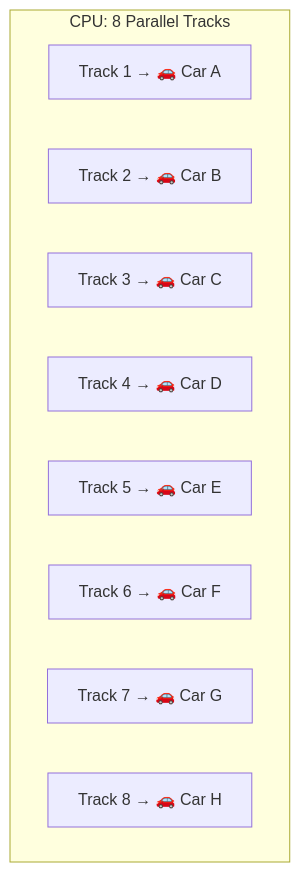
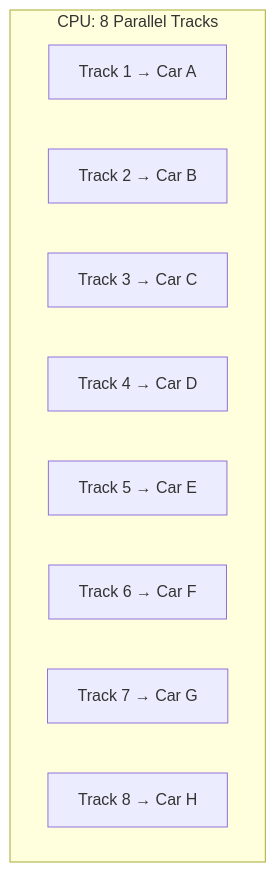
One commit to FransVanEk/Actus-Insurance.Documentation changed the second of 8 diagrams in docs/hackathon/cpu-vs-gpu-explained.md. Above: the diagram before and after it, drawn with Mermaid. The commit also changed other lines of this file and 5 other files, not shown here.

Commit message:
Enhance Mermaid diagram styling and integrate global class definitions for consistent theming across diagrams

````diff
--- a/docs/hackathon/cpu-vs-gpu-explained.md
+++ b/docs/hackathon/cpu-vs-gpu-explained.md
@@ -58,13 +58,13 @@
 ```mermaid
 graph TD
     subgraph "CPU: 8 Parallel Tracks"
-        T1["Track 1 → 🚗 Car A"]
-        T2["Track 2 → 🚗 Car B"]
-        T3["Track 3 → 🚗 Car C"]
-        T4["Track 4 → 🚗 Car D"]
-        T5["Track 5 → 🚗 Car E"]
-        T6["Track 6 → 🚗 Car F"]
-        T7["Track 7 → 🚗 Car G"]
-        T8["Track 8 → 🚗 Car H"]
+        T1["Track 1 → Car A"]
+        T2["Track 2 → Car B"]
+        T3["Track 3 → Car C"]
+        T4["Track 4 → Car D"]
+        T5["Track 5 → Car E"]
+        T6["Track 6 → Car F"]
+        T7["Track 7 → Car G"]
+        T8["Track 8 → Car H"]
     end
 ```
````
